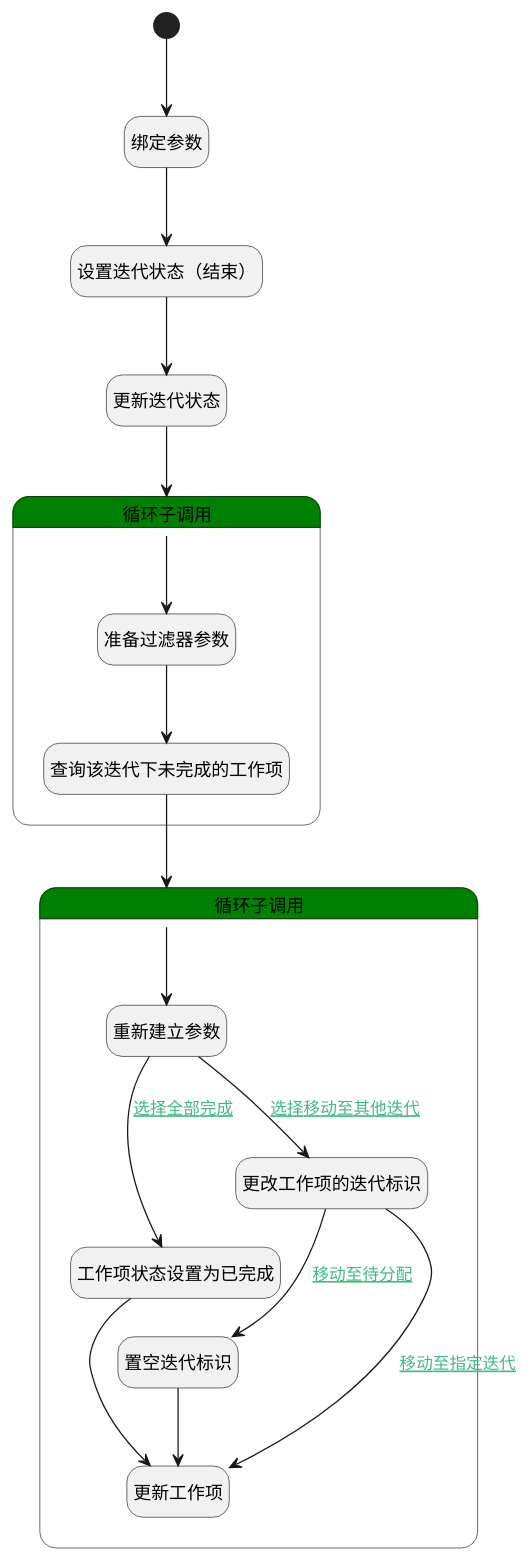
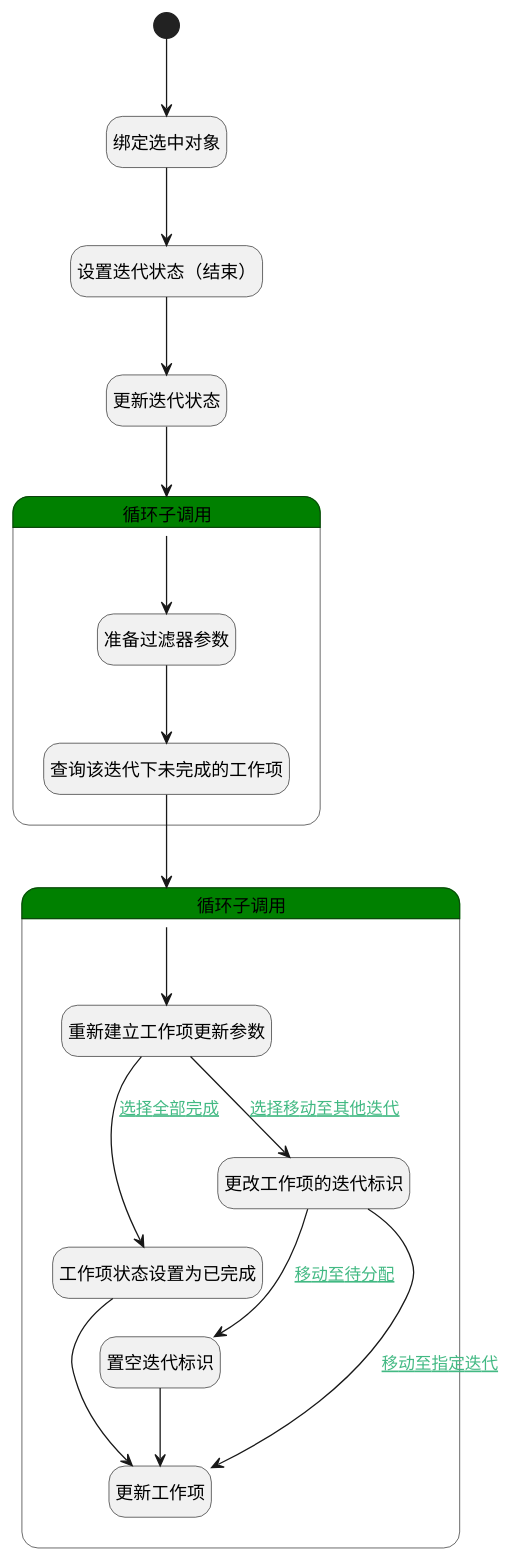
One commit to iBizLab/plm changed the diagram in doc/docsify/module/ProjMgmt/sprint/logic/end_sprint.md. Above: the diagram before and after it, drawn with PlantUML. The commit also changed other lines of this file and 1778 other files, not shown here.

````diff
--- a/doc/docsify/module/ProjMgmt/sprint/logic/end_sprint.md
+++ b/doc/docsify/module/ProjMgmt/sprint/logic/end_sprint.md
@@ -7,45 +7,45 @@
 ```plantuml
 @startuml
 hide empty description
 <style>
 root {
   HyperlinkColor #42b983
 }
 </style>
 
 hide empty description
 state "开始" as Begin <<start>> [[$./end_sprint#begin {"开始"}]]
-state "绑定参数" as BINDPARAM1  [[$./end_sprint#bindparam1 {"绑定参数"}]]
+state "绑定选中对象" as BINDPARAM1  [[$./end_sprint#bindparam1 {"绑定选中对象"}]]
 state "设置迭代状态（结束）" as PREPAREPARAM1  [[$./end_sprint#prepareparam1 {"设置迭代状态（结束）"}]]
 state "更新迭代状态" as DEACTION2  [[$./end_sprint#deaction2 {"更新迭代状态"}]]
 state "循环子调用" as LOOPSUBCALL1  [[$./end_sprint#loopsubcall1 {"循环子调用"}]] #green {
 state "准备过滤器参数" as PREPAREPARAM5  [[$./end_sprint#prepareparam5 {"准备过滤器参数"}]]
 state "查询该迭代下未完成的工作项" as DEDATASET1  [[$./end_sprint#dedataset1 {"查询该迭代下未完成的工作项"}]]
 }
 state "循环子调用" as LOOPSUBCALL2  [[$./end_sprint#loopsubcall2 {"循环子调用"}]] #green {
-state "重新建立参数" as RENEWPARAM1  [[$./end_sprint#renewparam1 {"重新建立参数"}]]
+state "重新建立工作项更新参数" as RENEWPARAM1  [[$./end_sprint#renewparam1 {"重新建立工作项更新参数"}]]
 state "工作项状态设置为已完成" as PREPAREPARAM2  [[$./end_sprint#prepareparam2 {"工作项状态设置为已完成"}]]
 state "更改工作项的迭代标识" as PREPAREPARAM3  [[$./end_sprint#prepareparam3 {"更改工作项的迭代标识"}]]
 state "置空迭代标识" as PREPAREPARAM4  [[$./end_sprint#prepareparam4 {"置空迭代标识"}]]
 state "更新工作项" as DEACTION1  [[$./end_sprint#deaction1 {"更新工作项"}]]
 }
 
 
 Begin --> BINDPARAM1
 BINDPARAM1 --> PREPAREPARAM1
 PREPAREPARAM1 --> DEACTION2
 DEACTION2 --> LOOPSUBCALL1
 LOOPSUBCALL1 --> PREPAREPARAM5
 PREPAREPARAM5 --> DEDATASET1
 DEDATASET1 --> LOOPSUBCALL2
 LOOPSUBCALL2 --> RENEWPARAM1
 RENEWPARAM1 --> PREPAREPARAM2 : [[$./end_sprint#renewparam1-prepareparam2{选择全部完成} 选择全部完成]]
 PREPAREPARAM2 --> DEACTION1
 RENEWPARAM1 --> PREPAREPARAM3 : [[$./end_sprint#renewparam1-prepareparam3{选择移动至其他迭代} 选择移动至其他迭代]]
 PREPAREPARAM3 --> PREPAREPARAM4 : [[$./end_sprint#prepareparam3-prepareparam4{移动至待分配} 移动至待分配]]
 PREPAREPARAM4 --> DEACTION1
 PREPAREPARAM3 --> DEACTION1 : [[$./end_sprint#prepareparam3-deaction1{移动至指定迭代} 移动至指定迭代]]
 
 
 @enduml
 ```
````
